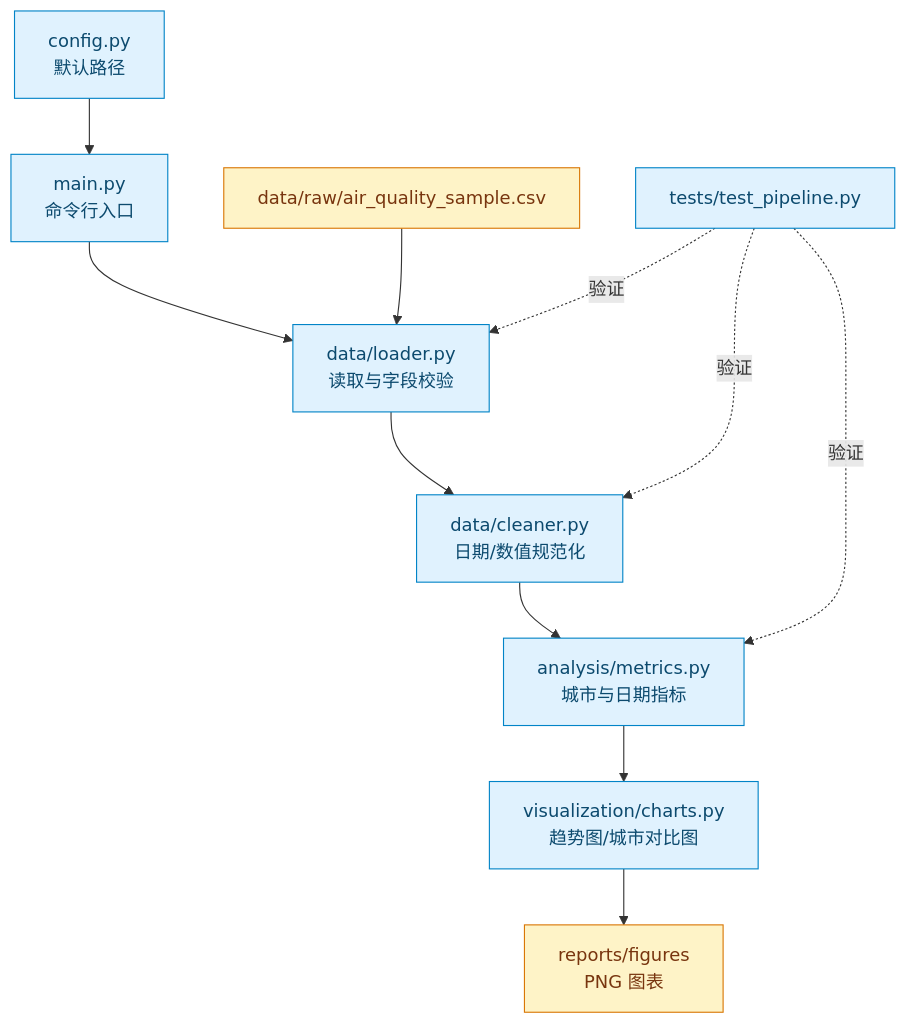
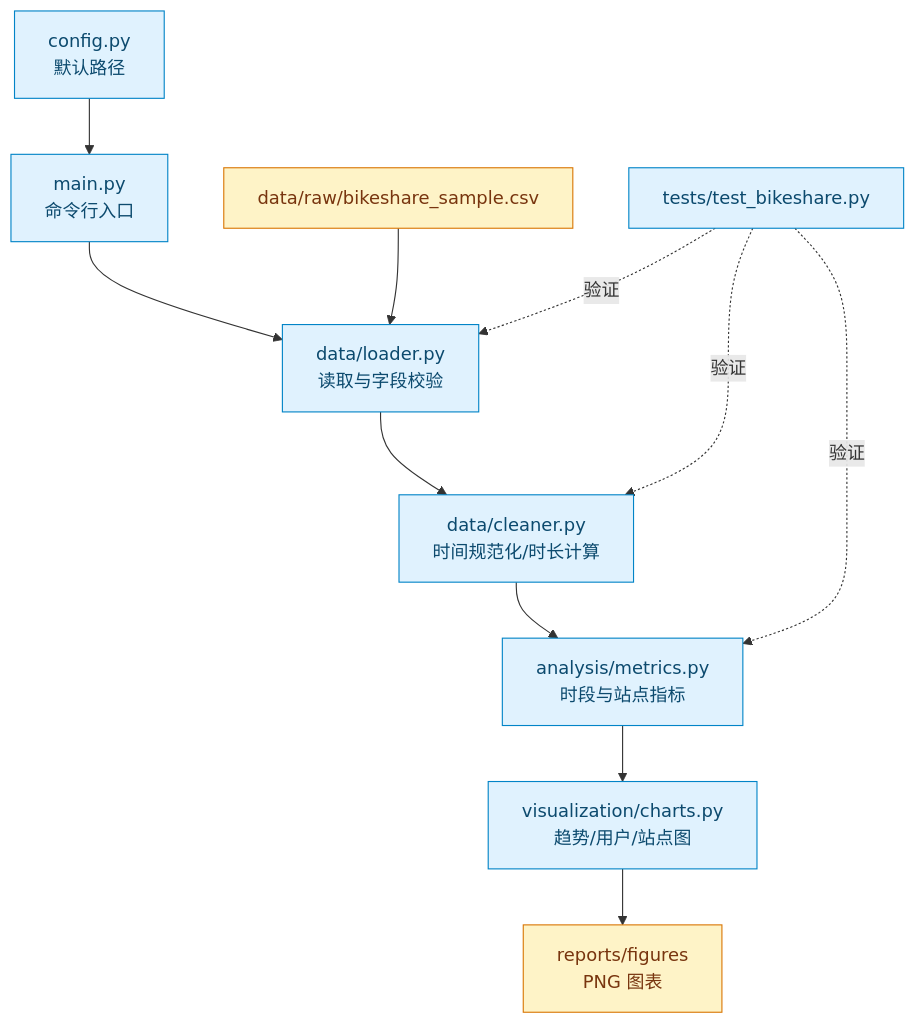
The diagram in docs/code-structure.mmd (EnergyPower233/HDU-softwareengineering-practice), drawn with Mermaid before and after one commit. The commit also changed 24 other files, not shown here.

```diff
--- a/docs/code-structure.mmd
+++ b/docs/code-structure.mmd
@@ -1,16 +1,16 @@
 flowchart TD
     A[main.py<br/>命令行入口] --> B[data/loader.py<br/>读取与字段校验]
-    B --> C[data/cleaner.py<br/>日期/数值规范化]
-    C --> D[analysis/metrics.py<br/>城市与日期指标]
-    D --> E[visualization/charts.py<br/>趋势图/城市对比图]
+    B --> C[data/cleaner.py<br/>时间规范化/时长计算]
+    C --> D[analysis/metrics.py<br/>时段与站点指标]
+    D --> E[visualization/charts.py<br/>趋势/用户/站点图]
     F[config.py<br/>默认路径] --> A
     E --> G[reports/figures<br/>PNG 图表]
-    H[data/raw/air_quality_sample.csv] --> B
-    I[tests/test_pipeline.py] -.验证.-> B
+    H[data/raw/bikeshare_sample.csv] --> B
+    I[tests/test_bikeshare.py] -.验证.-> B
     I -.验证.-> C
     I -.验证.-> D
 
     classDef module fill:#e0f2fe,stroke:#0284c7,color:#0c4a6e;
     classDef io fill:#fef3c7,stroke:#d97706,color:#78350f;
     class A,B,C,D,E,F,I module;
     class G,H io;
```
